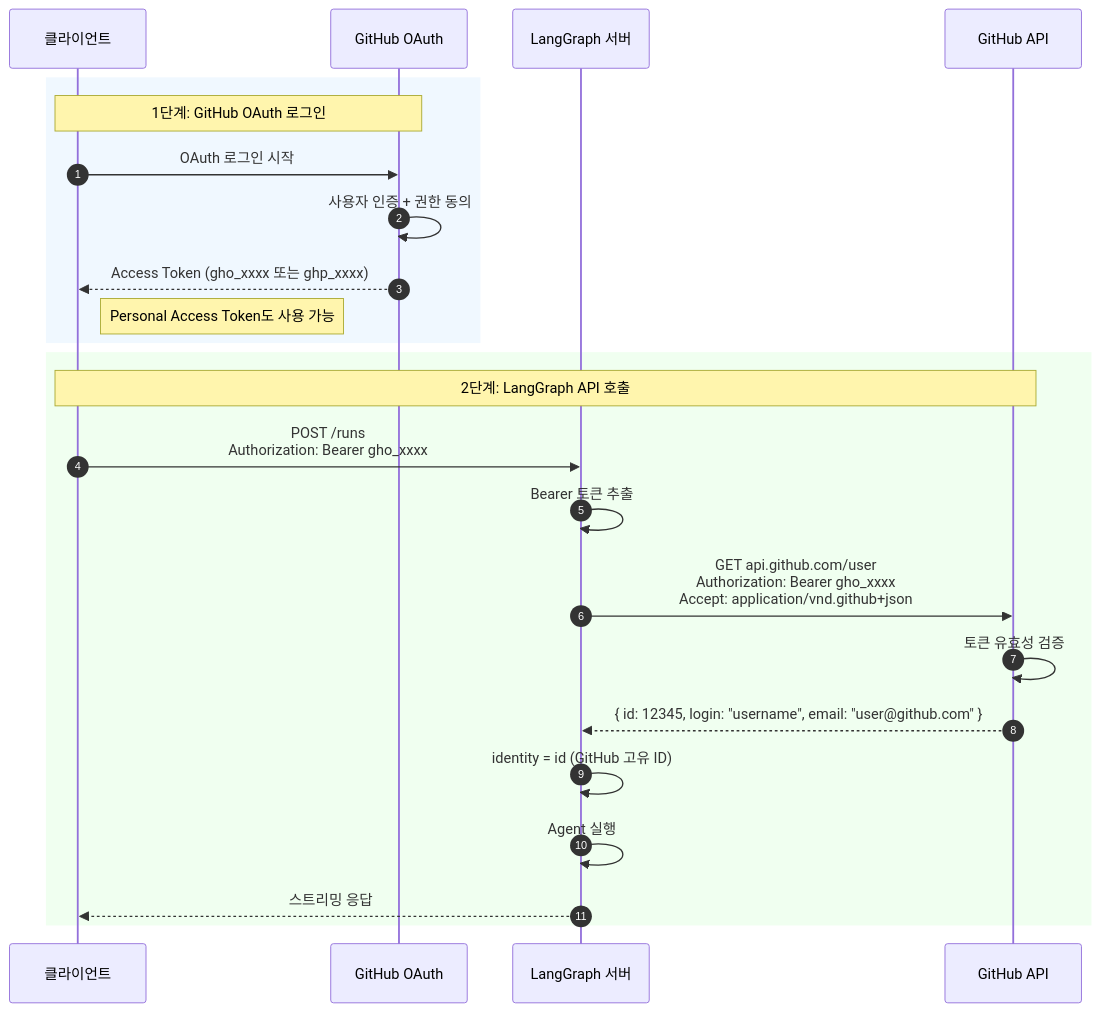
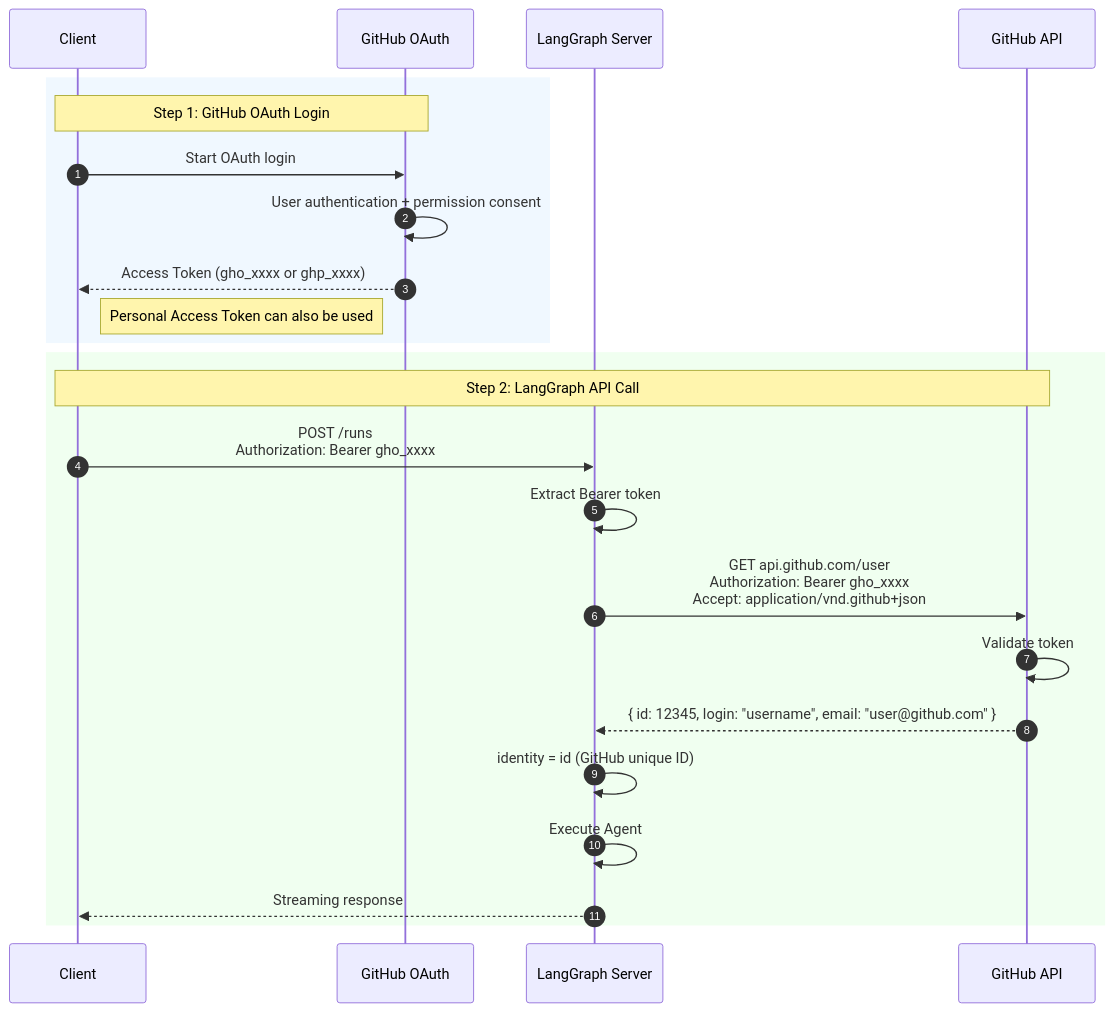
One commit to braincrew-lab/langgraph-chat-ui changed the third of 7 diagrams in docs/04-OAUTH-DIRECT.md. Above: the diagram before and after it, drawn with Mermaid. The commit also changed other lines of this file and 24 other files, not shown here.

````diff
--- a/docs/04-OAUTH-DIRECT.md
+++ b/docs/04-OAUTH-DIRECT.md
@@ -214,28 +214,28 @@
 ```mermaid
 sequenceDiagram
     autonumber
-    participant Client as 클라이언트
+    participant Client as Client
     participant GitHub as GitHub OAuth
-    participant LangGraph as LangGraph 서버
+    participant LangGraph as LangGraph Server
     participant GitHubAPI as GitHub API
 
     rect rgb(240, 248, 255)
-        Note over Client,GitHub: 1단계: GitHub OAuth 로그인
-        Client->>GitHub: OAuth 로그인 시작
-        GitHub->>GitHub: 사용자 인증 + 권한 동의
-        GitHub-->>Client: Access Token (gho_xxxx 또는 ghp_xxxx)
-        Note right of Client: Personal Access Token도 사용 가능
+        Note over Client,GitHub: Step 1: GitHub OAuth Login
+        Client->>GitHub: Start OAuth login
+        GitHub->>GitHub: User authentication + permission consent
+        GitHub-->>Client: Access Token (gho_xxxx or ghp_xxxx)
+        Note right of Client: Personal Access Token can also be used
     end
 
     rect rgb(240, 255, 240)
-        Note over Client,GitHubAPI: 2단계: LangGraph API 호출
+        Note over Client,GitHubAPI: Step 2: LangGraph API Call
         Client->>LangGraph: POST /runs<br/>Authorization: Bearer gho_xxxx
-        LangGraph->>LangGraph: Bearer 토큰 추출
+        LangGraph->>LangGraph: Extract Bearer token
         LangGraph->>GitHubAPI: GET api.github.com/user<br/>Authorization: Bearer gho_xxxx<br/>Accept: application/vnd.github+json
-        GitHubAPI->>GitHubAPI: 토큰 유효성 검증
+        GitHubAPI->>GitHubAPI: Validate token
         GitHubAPI-->>LangGraph: { id: 12345, login: "username", email: "user@github.com" }
-        LangGraph->>LangGraph: identity = id (GitHub 고유 ID)
-        LangGraph->>LangGraph: Agent 실행
-        LangGraph-->>Client: 스트리밍 응답
+        LangGraph->>LangGraph: identity = id (GitHub unique ID)
+        LangGraph->>LangGraph: Execute Agent
+        LangGraph-->>Client: Streaming response
     end
 ```
````
